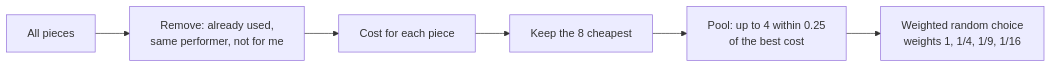
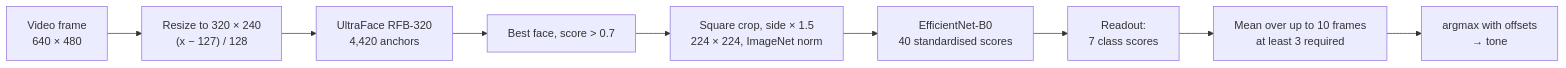
One commit to hashtagRR/Truly changed the third of 4 diagrams in references/ARCHITECTURE.md. Above: the diagram before and after it, drawn with Mermaid. The commit also changed other lines of this file and 5 other files, not shown here.

First line of the commit message:
Rewrite the architecture document as a technical design

````diff
--- a/references/ARCHITECTURE.md
+++ b/references/ARCHITECTURE.md
@@ -130,8 +281,11 @@
 ```mermaid
 flowchart LR
-  A["All pieces"] --> B["Remove: already used,<br/>same performer, not for me"]
-  B --> C["Cost for each piece"]
-  C --> D["Keep the 8 cheapest"]
-  D --> E["Pool: up to 4 within 0.25<br/>of the best cost"]
-  E --> F["Weighted random choice<br/>weights 1, 1/4, 1/9, 1/16"]
+  F["Video frame<br/>640 × 480"] --> D["Resize to 320 × 240<br/>(x − 127) / 128"]
+  D --> U["UltraFace RFB-320<br/>4,420 anchors"]
+  U --> B["Best face, score > 0.7"]
+  B --> C["Square crop, side × 1.5<br/>224 × 224, ImageNet norm"]
+  C --> E["EfficientNet-B0<br/>40 standardised scores"]
+  E --> R["Readout:<br/>7 class scores"]
+  R --> A["Mean over up to 10 frames<br/>at least 3 required"]
+  A --> T["argmax with offsets<br/>→ tone"]
 ```
````
